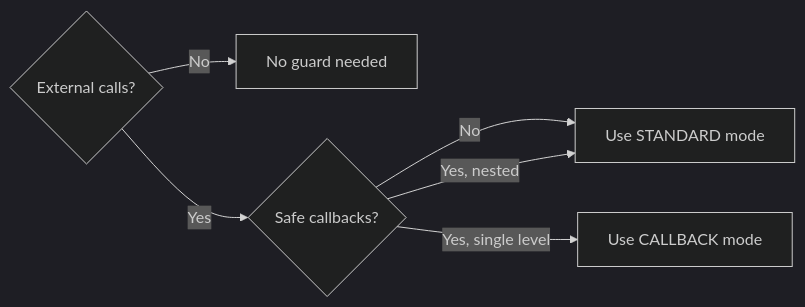
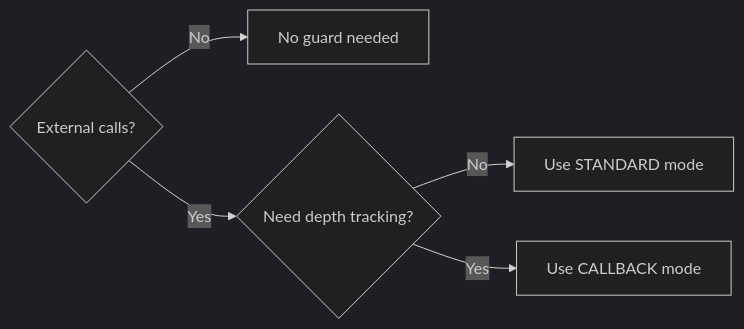
One commit to btc-vision/btc-runtime changed the fourth of 6 diagrams in docs/contracts/reentrancy-guard.md. Above: the diagram before and after it, drawn with Mermaid. The commit also changed other lines of this file and 30 other files, not shown here.

````diff
--- a/docs/contracts/reentrancy-guard.md
+++ b/docs/contracts/reentrancy-guard.md
@@ -256,12 +256,11 @@
 ```mermaid
 ---
 config:
   theme: dark
 ---
 flowchart LR
     A{External calls?} -->|No| B[No guard needed]
-    A -->|Yes| C{Safe callbacks?}
+    A -->|Yes| C{Need depth tracking?}
     C -->|No| D[Use STANDARD mode]
-    C -->|Yes, single level| E[Use CALLBACK mode]
-    C -->|Yes, nested| D
+    C -->|Yes| E[Use CALLBACK mode]
 ```
````
